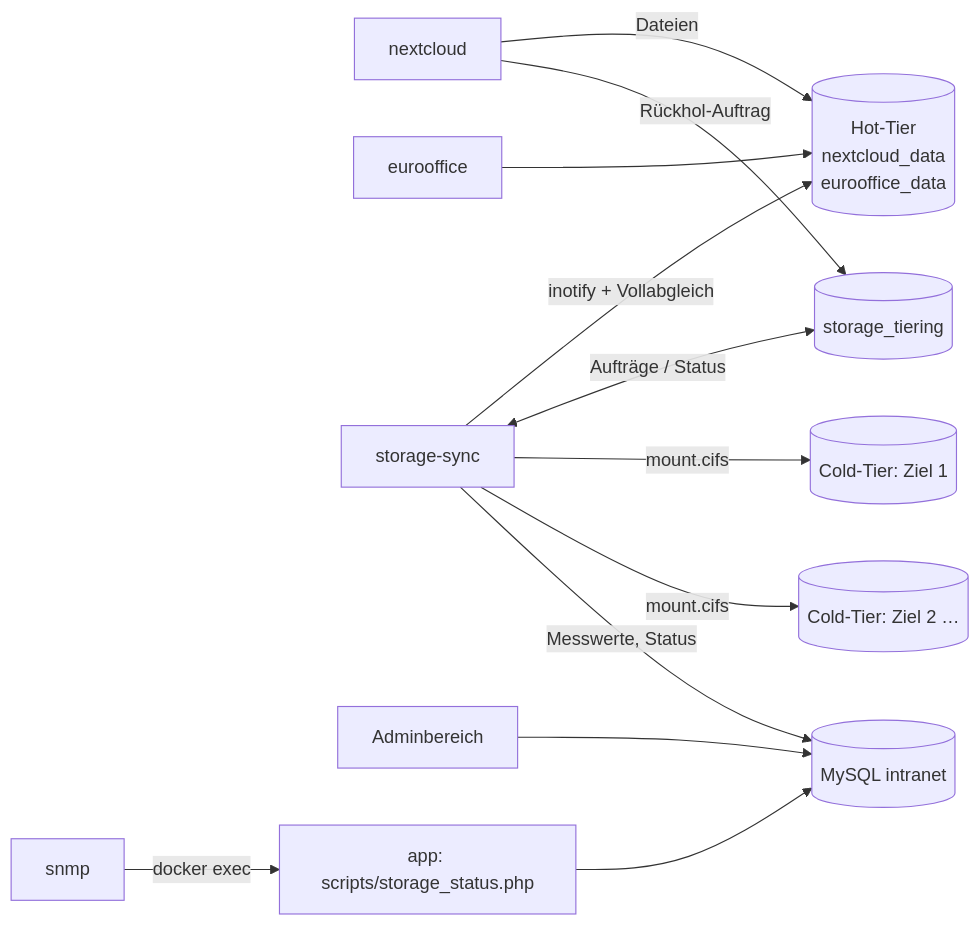
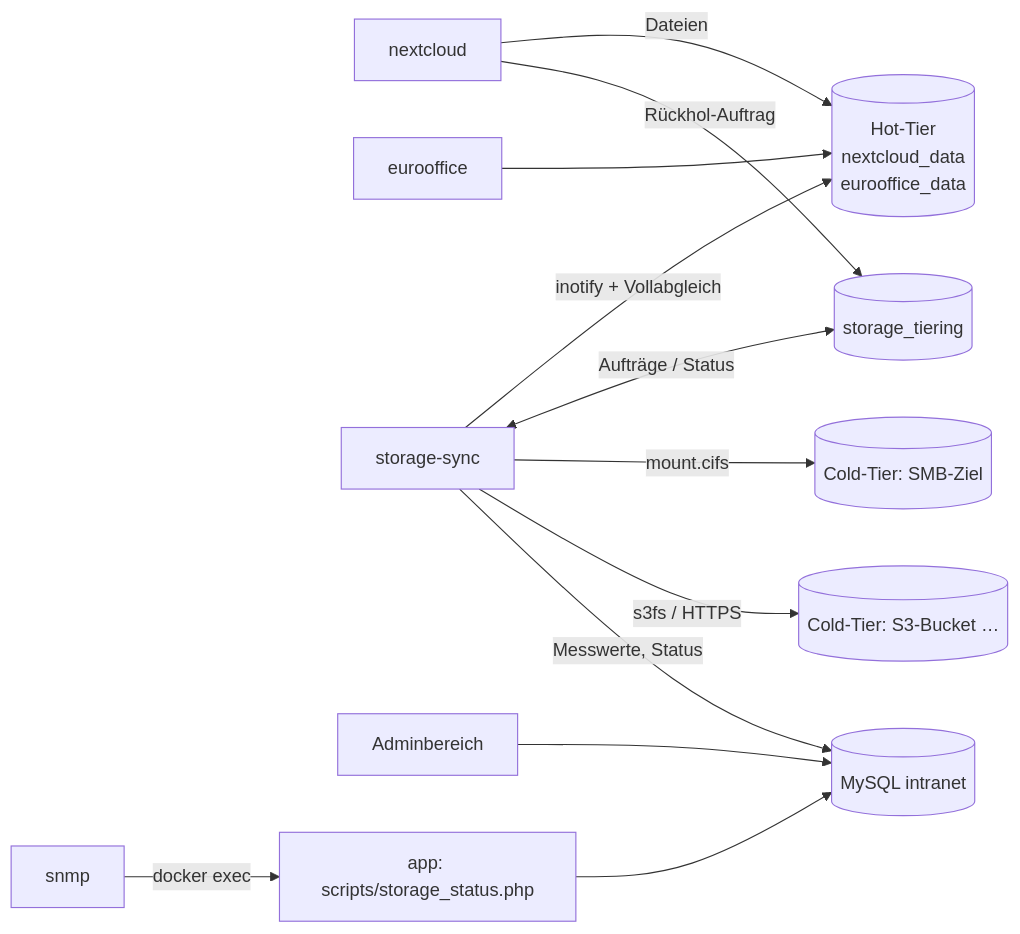
Before and after one commit to dareinelt/lanpa: the diagram in docs/storage.md, drawn with Mermaid. The commit also changed other lines of this file and 31 other files, not shown here.

First line of the commit message:
Storage-Tiering: S3-kompatible Objektspeicher als Cold-Tier-Ziele

````diff
--- a/docs/storage.md
+++ b/docs/storage.md
@@ -56,13 +101,13 @@
 ```mermaid
 flowchart LR
   NC[nextcloud] -- Dateien --> HOT[(Hot-Tier<br>nextcloud_data<br>eurooffice_data)]
   EO[eurooffice] --> HOT
   NC -- Rückhol-Auftrag --> T[(storage_tiering)]
   SS[storage-sync] -- inotify + Vollabgleich --> HOT
   SS <-- Aufträge / Status --> T
-  SS -- mount.cifs --> C1[(Cold-Tier: Ziel 1)]
-  SS -- mount.cifs --> C2[(Cold-Tier: Ziel 2 …)]
+  SS -- mount.cifs --> C1[(Cold-Tier: SMB-Ziel)]
+  SS -- s3fs / HTTPS --> C2[(Cold-Tier: S3-Bucket …)]
   SS -- Messwerte, Status --> DB[(MySQL intranet)]
   ADM[Adminbereich] --> DB
   SNMP[snmp] -- docker exec --> APP[app: scripts/storage_status.php] --> DB
 ```
````
